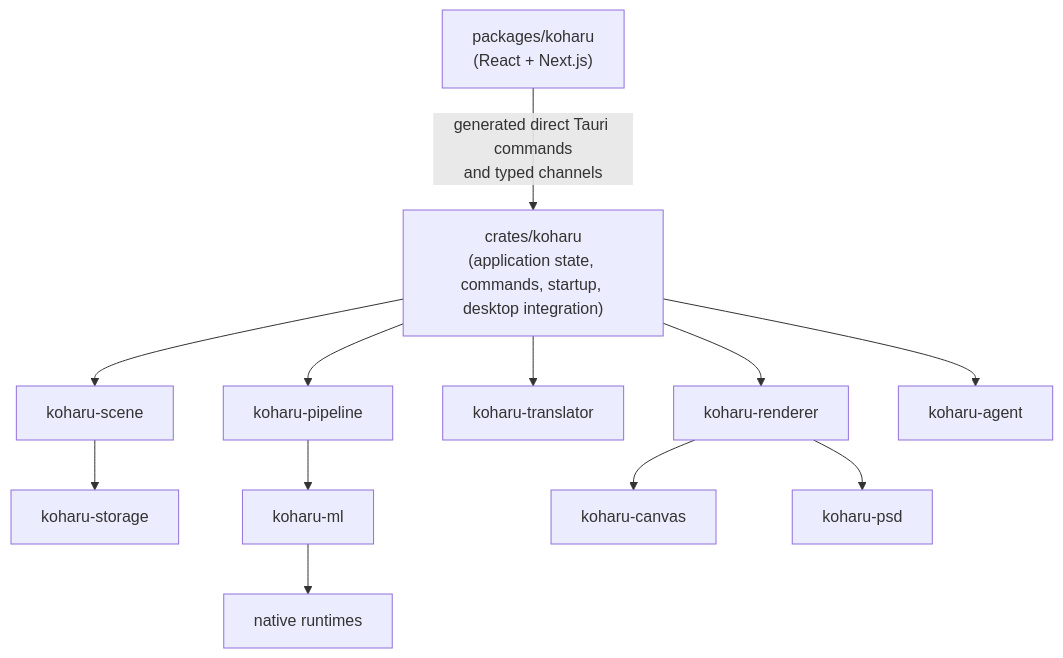
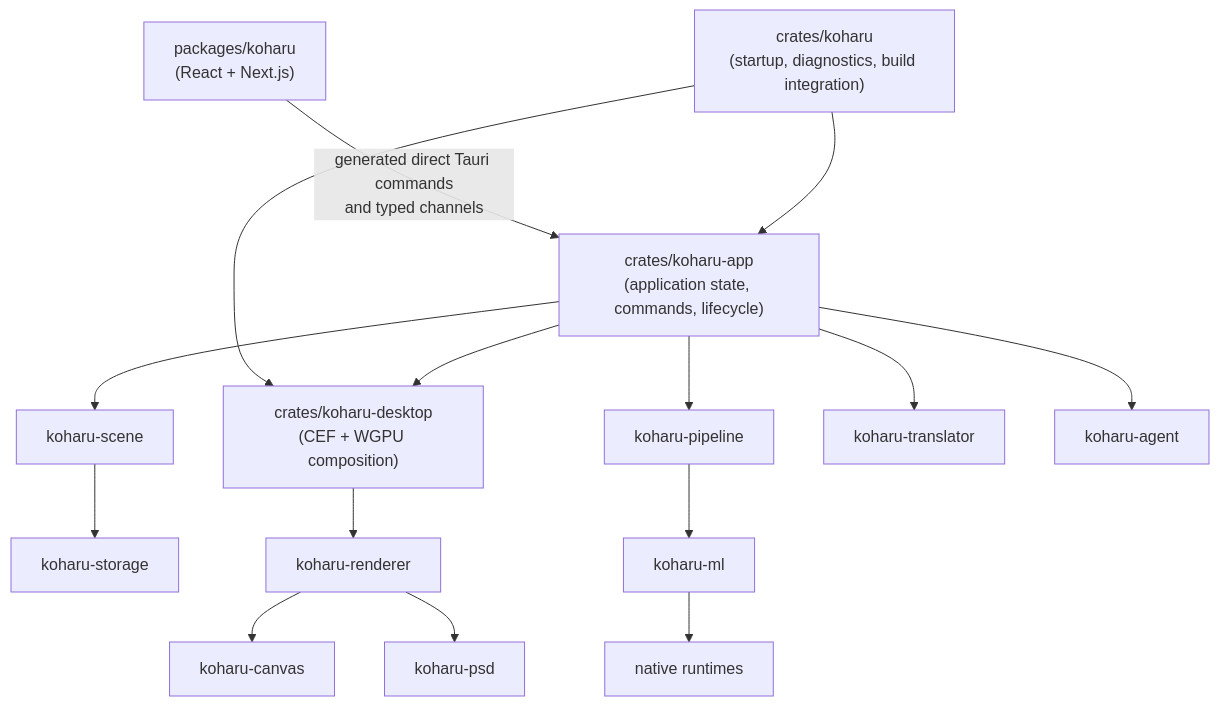
One commit to mayocream/koharu changed the diagram in docs/development/architecture.md. Above: the diagram before and after it, drawn with Mermaid. The commit also changed other lines of this file and 34 other files, not shown here.

````diff
--- a/docs/development/architecture.md
+++ b/docs/development/architecture.md
@@ -10,24 +10,28 @@
 ```mermaid
 flowchart TB
   frontend["packages/koharu<br/>(React + Next.js)"]
-  app["crates/koharu<br/>(application state, commands, startup, desktop integration)"]
+  entry["crates/koharu<br/>(startup, diagnostics, build integration)"]
+  app["crates/koharu-app<br/>(application state, commands, lifecycle)"]
+  desktop["crates/koharu-desktop<br/>(CEF + WGPU composition)"]
   scene["koharu-scene"]
   storage["koharu-storage"]
   pipeline["koharu-pipeline"]
   ml["koharu-ml"]
   native["native runtimes"]
   translator["koharu-translator"]
   renderer["koharu-renderer"]
   canvas["koharu-canvas"]
   psd["koharu-psd"]
   agent["koharu-agent"]
 
   frontend -->|"generated direct Tauri commands<br/>and typed channels"| app
+  entry --> app
+  entry --> desktop
+  app --> desktop
   app --> scene --> storage
   app --> pipeline --> ml --> native
   app --> translator
-  app --> renderer
-  renderer --> canvas
+  desktop --> renderer --> canvas
   renderer --> psd
   app --> agent
 ```
````
